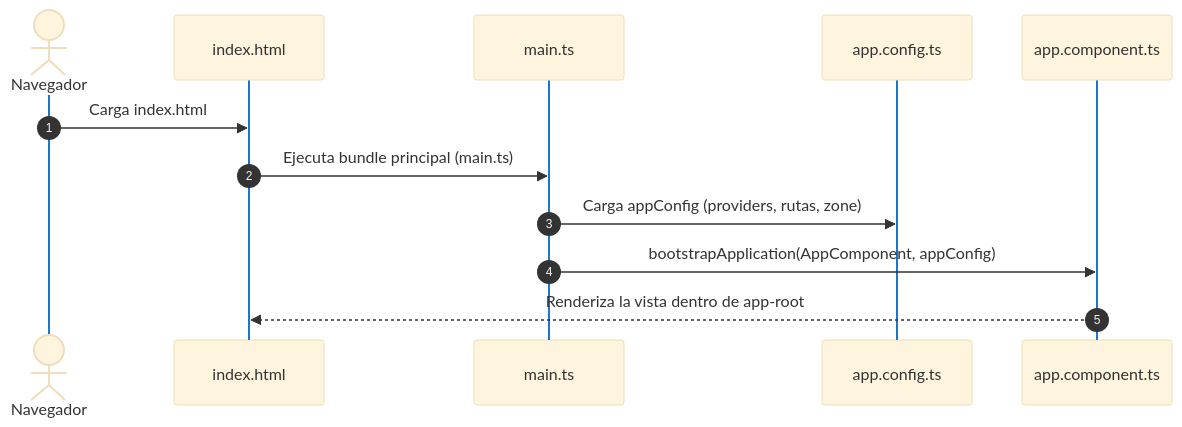
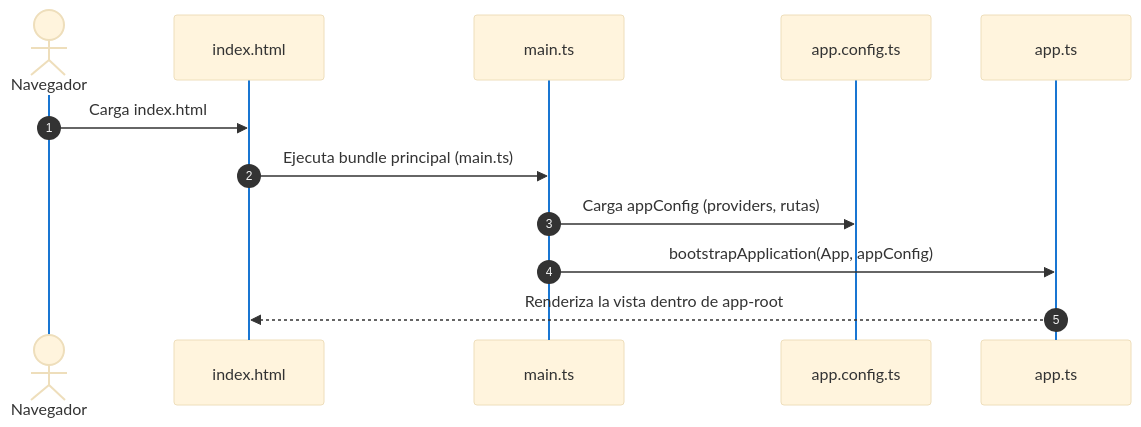
Before and after one commit to Jose-Quesada/materiales_angular: the second of 3 diagrams in docs/04-angular-bases.md, drawn with Mermaid. The commit also changed other lines of this file and 37 other files, not shown here.

````diff
--- a/docs/04-angular-bases.md
+++ b/docs/04-angular-bases.md
@@ -163,28 +163,28 @@
 ``` mermaid
 %%{init: {
   'theme': 'base',
   'themeVariables': {
     'actorFontSize': '20px',
     'actorFontWeight': '700',
     'actorLineColor': '#1976d2',
     'messageFontSize': '18px',
     'messageFontWeight': '600',
     'noteFontSize': '16px',
     'actorMargin': 35,
     'boxMargin': 8
   }
 }}%%
 sequenceDiagram
     autonumber
     actor Navegador
     participant HTML as index.html
     participant Main as main.ts
     participant Config as app.config.ts
-    participant App as app.component.ts
+    participant App as app.ts
 
     Navegador->>HTML: Carga index.html
     HTML->>Main: Ejecuta bundle principal (main.ts)
-    Main->>Config: Carga appConfig (providers, rutas, zone)
-    Main->>App: bootstrapApplication(AppComponent, appConfig)
+    Main->>Config: Carga appConfig (providers, rutas)
+    Main->>App: bootstrapApplication(App, appConfig)
     App-->>HTML: Renderiza la vista dentro de app-root
 ```
````
